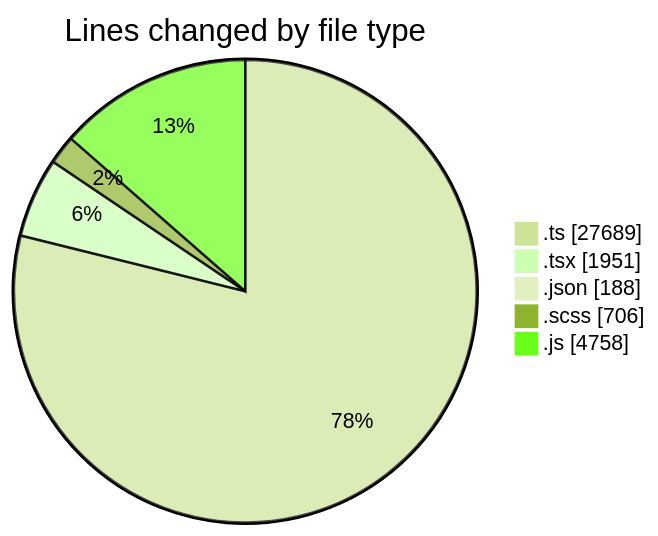
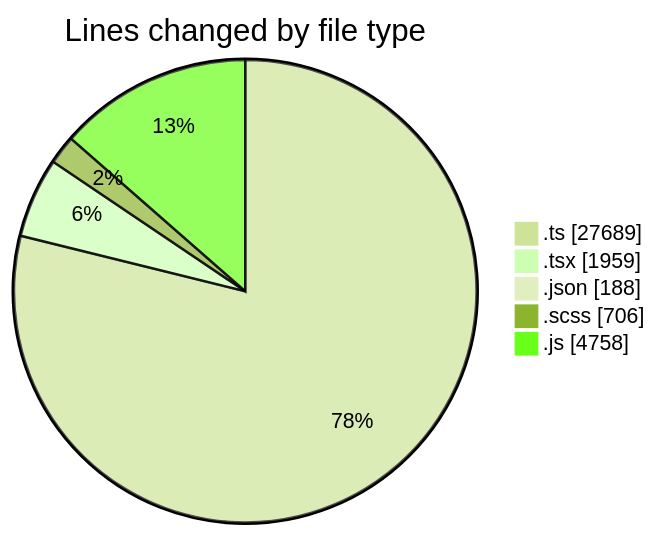
Before and after one commit to momahboobian/code-tracking: the first of 2 diagrams in 2026-05-07/cda/README.md, drawn with Mermaid (forest theme). The commit also changed other lines of this file and 1 other file, not shown here.

````diff
--- a/2026-05-07/cda/README.md
+++ b/2026-05-07/cda/README.md
@@ -46,9 +46,9 @@
 ```mermaid
 pie showData
 title Lines changed by file type
 ".ts" : 27689
-".tsx" : 1951
+".tsx" : 1959
 ".json" : 188
 ".scss" : 706
 ".js" : 4758
 ```
````
